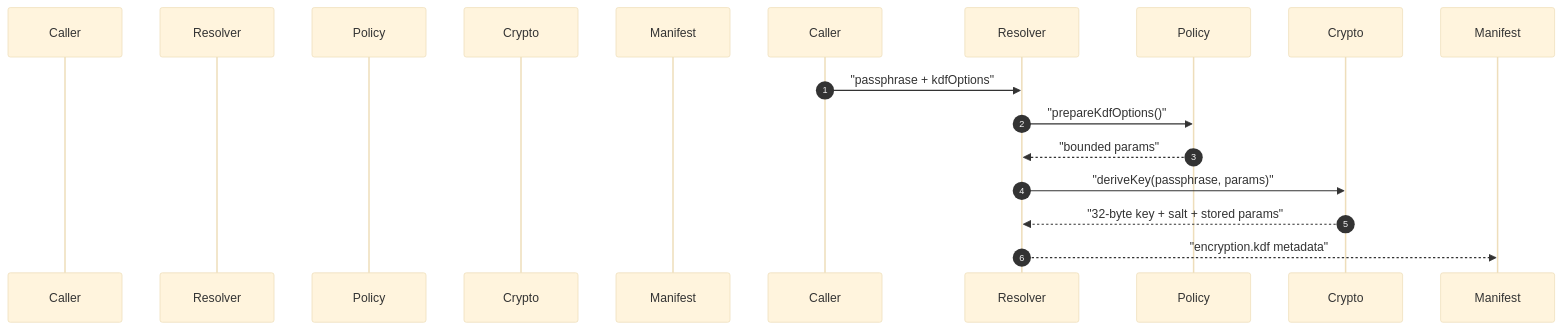
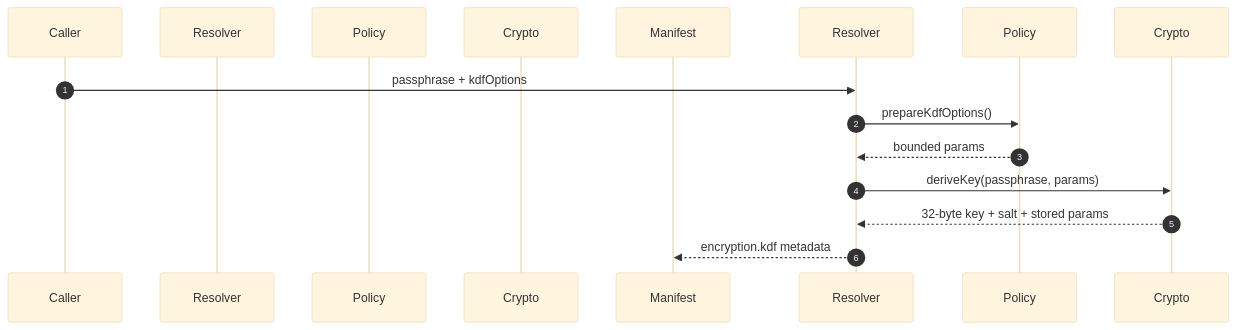
Before and after one commit to git-stunts/git-cas: diagram 21 of 24 in docs/TECHNICAL_TEARDOWN.md, drawn with Mermaid (base theme). The commit also changed other lines of this file, not shown here.

Commit message:
docs: Update TECHNICAL_TEARDOWN Mind Map

````diff
--- a/docs/TECHNICAL_TEARDOWN.md
+++ b/docs/TECHNICAL_TEARDOWN.md
@@ -1121,16 +1121,16 @@
 ```mermaid
 sequenceDiagram
     autonumber
-    participant "Caller" as Caller
-    participant "KeyResolver" as Resolver
-    participant "kdfPolicy" as Policy
-    participant "CryptoPort" as Crypto
-    participant "Manifest" as Manifest
+    participant Caller as Caller
+    participant KeyResolver as Resolver
+    participant kdfPolicy as Policy
+    participant CryptoPort as Crypto
+    participant Manifest as Manifest
 
-    Caller->>Resolver: "passphrase + kdfOptions"
-    Resolver->>Policy: "prepareKdfOptions()"
-    Policy-->>Resolver: "bounded params"
-    Resolver->>Crypto: "deriveKey(passphrase, params)"
-    Crypto-->>Resolver: "32-byte key + salt + stored params"
-    Resolver-->>Manifest: "encryption.kdf metadata"
+    Caller->>Resolver: passphrase + kdfOptions
+    Resolver->>Policy: prepareKdfOptions()
+    Policy-->>Resolver: bounded params
+    Resolver->>Crypto: deriveKey(passphrase, params)
+    Crypto-->>Resolver: 32-byte key + salt + stored params
+    Resolver-->>Manifest: encryption.kdf metadata
 ```
````
